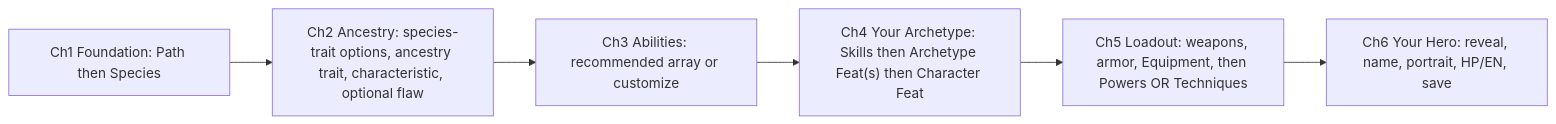
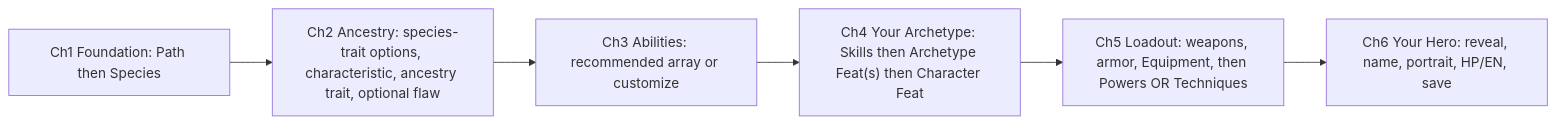
One commit to MastersoftheRealm/RealmsRPG-Test changed the third of 7 diagrams in src/docs/REALMS_PRODUCT_OVERVIEW.md. Above: the diagram before and after it, drawn with Mermaid. The commit also changed other lines of this file and 59 other files, not shown here.

````diff
--- a/src/docs/REALMS_PRODUCT_OVERVIEW.md
+++ b/src/docs/REALMS_PRODUCT_OVERVIEW.md
@@ -292,10 +292,10 @@
 ```mermaid
 flowchart LR
   G1["Ch1 Foundation: Path then Species"]
-  G2["Ch2 Ancestry: species-trait options, ancestry trait, characteristic, optional flaw"]
+  G2["Ch2 Ancestry: species-trait options, characteristic, ancestry trait, optional flaw"]
   G3["Ch3 Abilities: recommended array or customize"]
   G4["Ch4 Your Archetype: Skills then Archetype Feat(s) then Character Feat"]
   G5["Ch5 Loadout: weapons, armor, Equipment, then Powers OR Techniques"]
   G6["Ch6 Your Hero: reveal, name, portrait, HP/EN, save"]
   G1 --> G2 --> G3 --> G4 --> G5 --> G6
 ```
````
